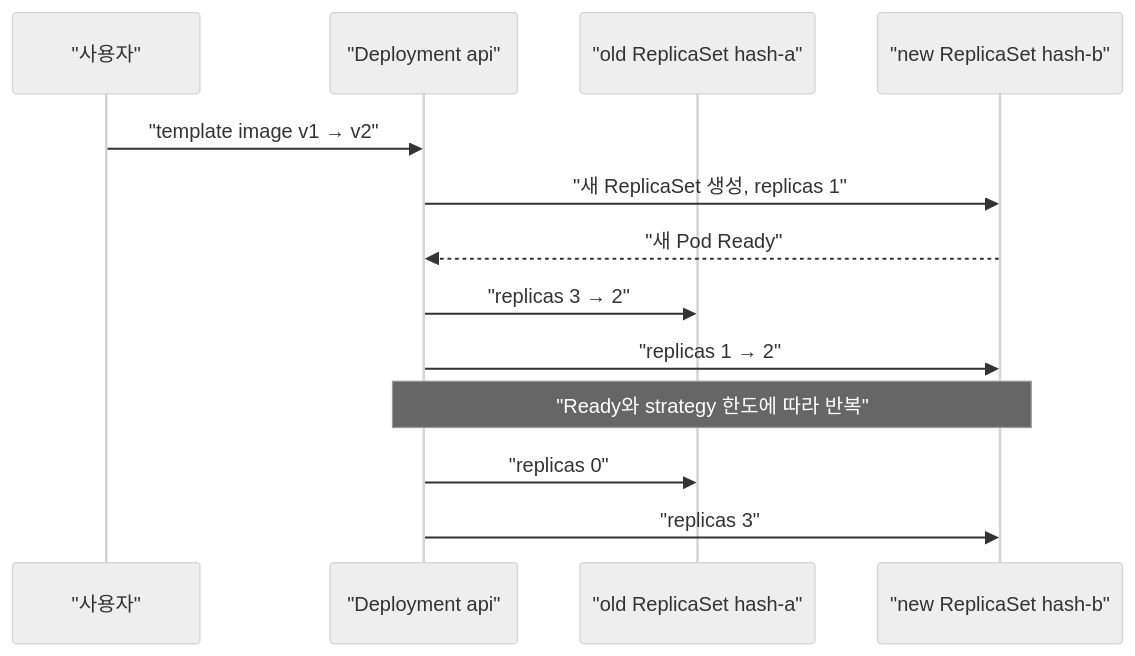
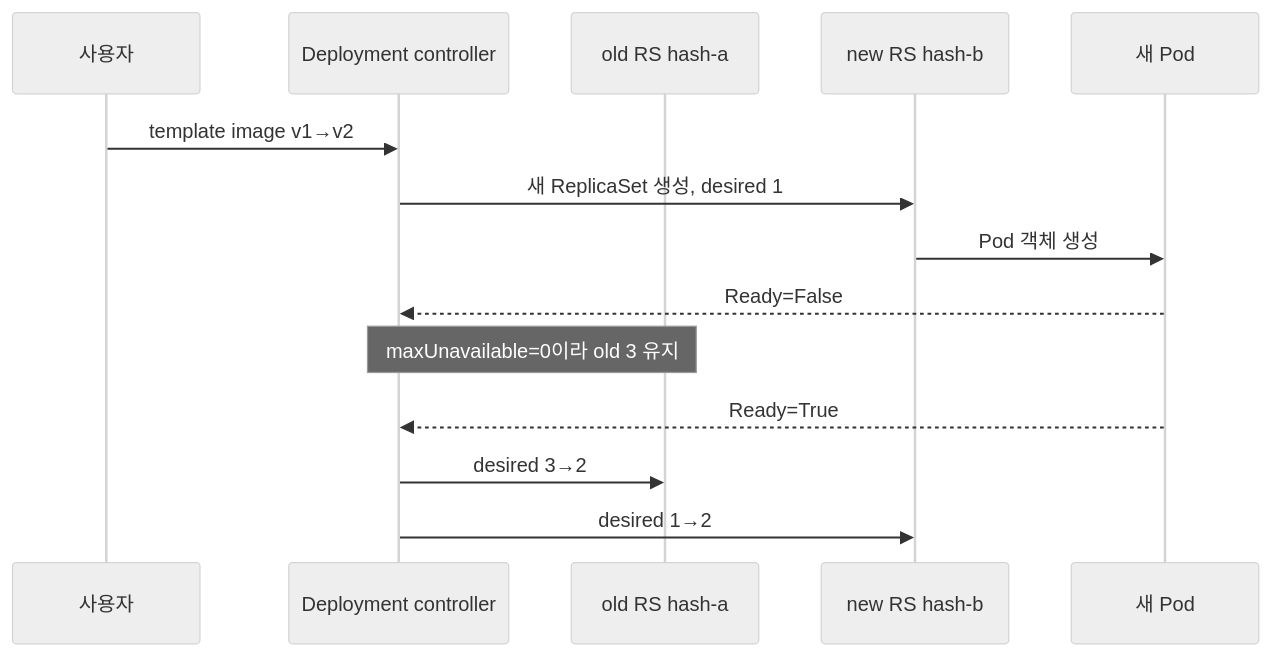
The second of 3 diagrams in learning/kubernetes/04-workloads.md (mj006648/netai-devsecops-runbook), drawn with Mermaid (neutral theme) before and after one commit. The commit also changed other lines of this file and 165 other files, not shown here.

````diff
--- a/learning/kubernetes/04-workloads.md
+++ b/learning/kubernetes/04-workloads.md
@@ -121,15 +81,16 @@
 ```mermaid
 sequenceDiagram
-    participant U as "사용자"
-    participant D as "Deployment api"
-    participant O as "old ReplicaSet hash-a"
-    participant N as "new ReplicaSet hash-b"
-    U->>D: "template image v1 → v2"
-    D->>N: "새 ReplicaSet 생성, replicas 1"
-    N-->>D: "새 Pod Ready"
-    D->>O: "replicas 3 → 2"
-    D->>N: "replicas 1 → 2"
-    Note over D,N: "Ready와 strategy 한도에 따라 반복"
-    D->>O: "replicas 0"
-    D->>N: "replicas 3"
+    participant U as 사용자
+    participant D as Deployment controller
+    participant O as old RS hash-a
+    participant N as new RS hash-b
+    participant P as 새 Pod
+    U->>D: template image v1→v2
+    D->>N: 새 ReplicaSet 생성, desired 1
+    N->>P: Pod 객체 생성
+    P-->>D: Ready=False
+    Note over D,O: maxUnavailable=0이라 old 3 유지
+    P-->>D: Ready=True
+    D->>O: desired 3→2
+    D->>N: desired 1→2
 ```
````
